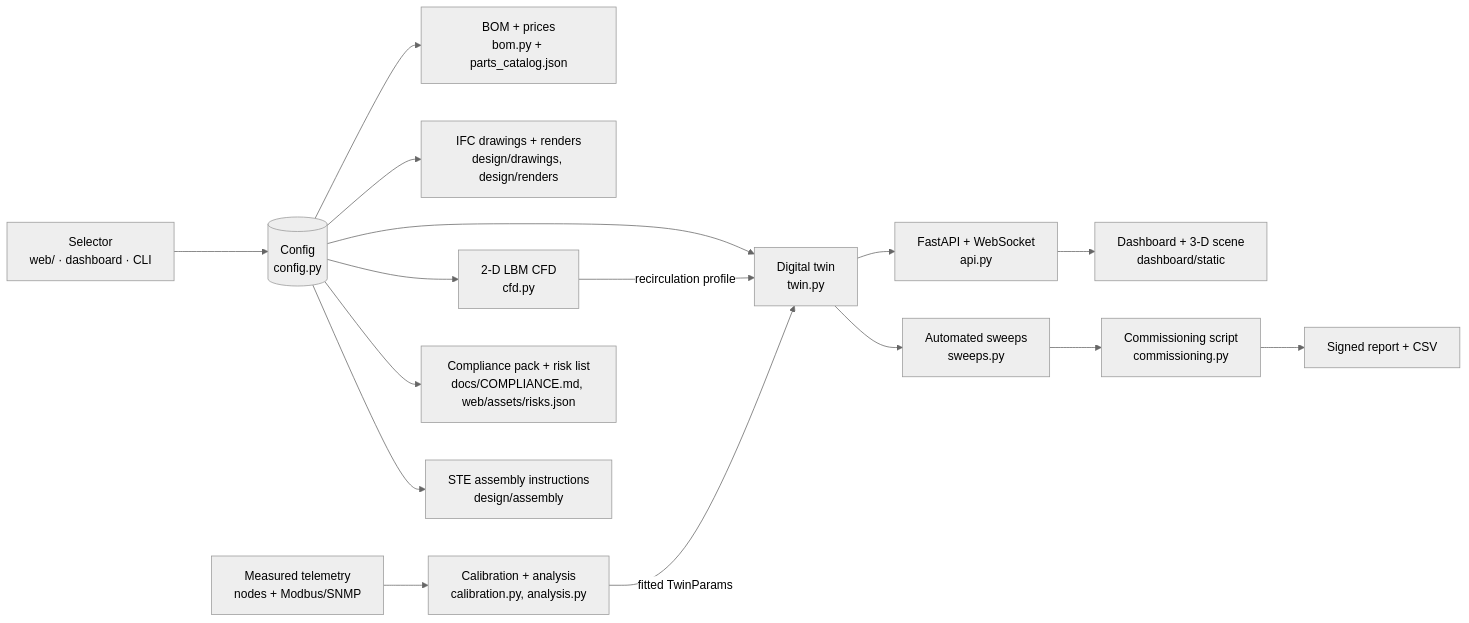
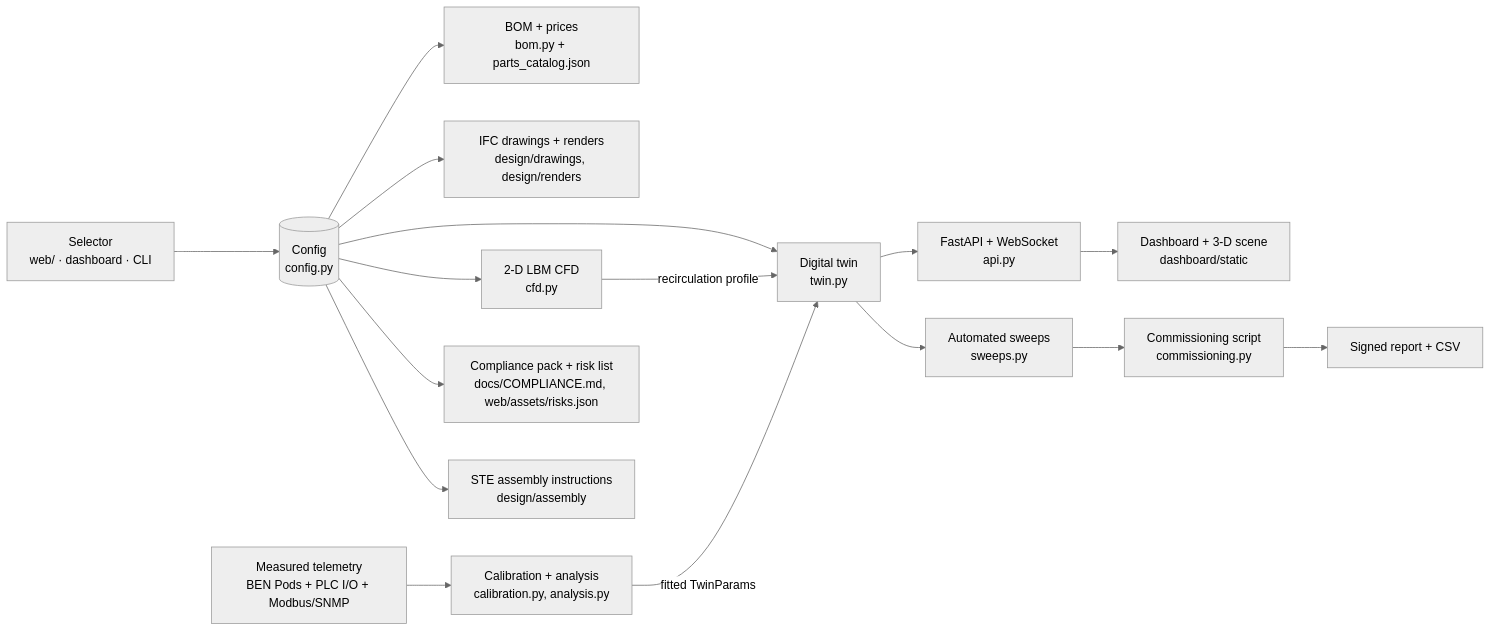
Before and after one commit to PappaBears/BEN_Engine: the first of 2 diagrams in docs/ARCHITECTURE.md, drawn with Mermaid (neutral theme). The commit also changed other lines of this file and 110 other files, not shown here.

First line of the commit message:
Controls sweep integrated: industrial PLC/edge + RevPi Lite tier, BEN Pod/Mesh, Pt1000 budget, new RFQs

````diff
--- a/docs/ARCHITECTURE.md
+++ b/docs/ARCHITECTURE.md
@@ -6,18 +6,18 @@
 ```mermaid
 flowchart LR
   SEL[Selector<br/>web/ · dashboard · CLI] --> CFG[(Config<br/>config.py)]
   CFG --> BOM[BOM + prices<br/>bom.py + parts_catalog.json]
   CFG --> DRW[IFC drawings + renders<br/>design/drawings, design/renders]
   CFG --> TWIN[Digital twin<br/>twin.py]
   CFG --> CFD[2-D LBM CFD<br/>cfd.py]
   CFD -->|recirculation profile| TWIN
   TWIN --> SWP[Automated sweeps<br/>sweeps.py]
   TWIN --> API[FastAPI + WebSocket<br/>api.py]
   API --> DASH[Dashboard + 3-D scene<br/>dashboard/static]
   SWP --> COM[Commissioning script<br/>commissioning.py]
   COM --> REP[Signed report + CSV]
-  TEL[Measured telemetry<br/>nodes + Modbus/SNMP] --> ANA[Calibration + analysis<br/>calibration.py, analysis.py]
+  TEL[Measured telemetry<br/>BEN Pods + PLC I/O + Modbus/SNMP] --> ANA[Calibration + analysis<br/>calibration.py, analysis.py]
   ANA -->|fitted TwinParams| TWIN
   CFG --> COMP[Compliance pack + risk list<br/>docs/COMPLIANCE.md, web/assets/risks.json]
   CFG --> STE[STE assembly instructions<br/>design/assembly]
 ```
````
